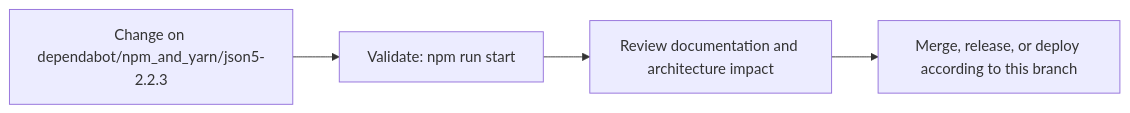
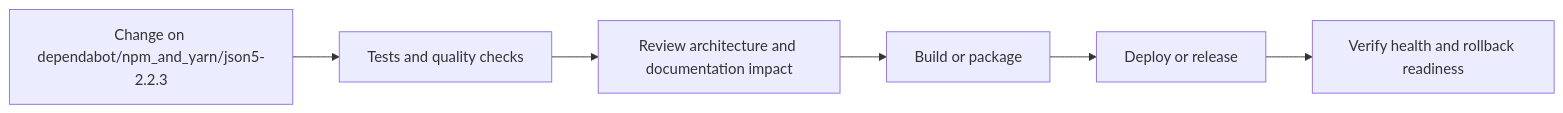
The fourth of 5 diagrams in README.md (Nischhalsubba/wp_Theme_Ronal), drawn with Mermaid before and after one commit. The commit also changed other lines of this file, not shown here.

````diff
--- a/README.md
+++ b/README.md
@@ -69,8 +145,8 @@
 ```mermaid
 flowchart LR
-    CHANGE["Change on dependabot/npm_and_yarn/json5-2.2.3"]
-    CHECK["Validate: npm run start"]
-    REVIEW["Review documentation and architecture impact"]
-    RELEASE["Merge, release, or deploy according to this branch"]
-    CHANGE --> CHECK --> REVIEW --> RELEASE
+    CHANGE["Change on dependabot/npm_and_yarn/json5-2.2.3"] --> CHECK["Tests and quality checks"]
+    CHECK --> REVIEW["Review architecture and documentation impact"]
+    REVIEW --> BUILD["Build or package"]
+    BUILD --> DEPLOY["Deploy or release"]
+    DEPLOY --> VERIFY["Verify health and rollback readiness"]
 ```
````
